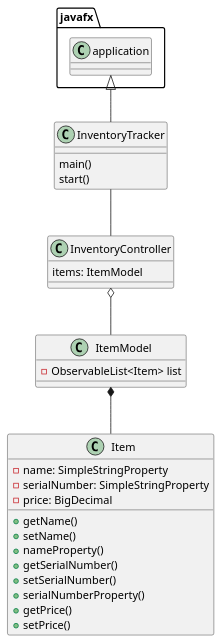
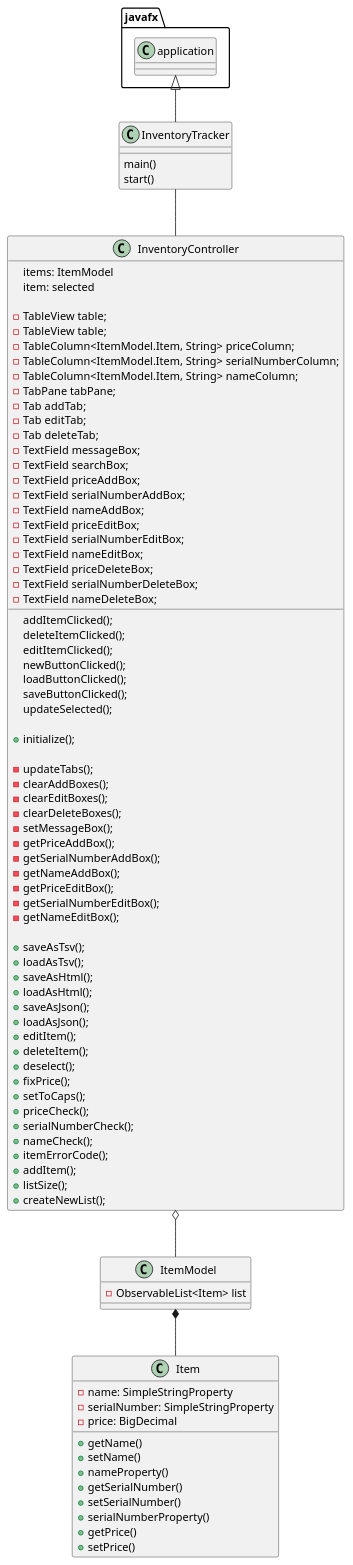
Before and after one commit to FireSpark16/wilhelm-4887-a5: the diagram in uml/InventoryTrackerUML.puml, drawn with PlantUML. The commit also changed 3 other files, not shown here.

Commit message:
Test cases updated. UML updated. README updated. Small patches made to controller. Everything as this point should be done.

```diff
--- a/uml/InventoryTrackerUML.puml
+++ b/uml/InventoryTrackerUML.puml
@@ -1,36 +1,100 @@
 @startuml
 
 class InventoryTracker {
     main()
     start()
 }
 
 class InventoryController {
     items: ItemModel
+    item: selected
+    
+    - TableView table;
+    - TableView table;
+    - TableColumn<ItemModel.Item, String> priceColumn;
+    - TableColumn<ItemModel.Item, String> serialNumberColumn;
+    - TableColumn<ItemModel.Item, String> nameColumn;
+    - TabPane tabPane;
+    - Tab addTab;
+    - Tab editTab;
+    - Tab deleteTab;
+    - TextField messageBox;
+    - TextField searchBox;
+    - TextField priceAddBox;
+    - TextField serialNumberAddBox;
+    - TextField nameAddBox;
+    - TextField priceEditBox;
+    - TextField serialNumberEditBox;
+    - TextField nameEditBox;
+    - TextField priceDeleteBox;
+    - TextField serialNumberDeleteBox;
+    - TextField nameDeleteBox;
+
+    addItemClicked();
+    deleteItemClicked();
+    editItemClicked();
+    newButtonClicked();
+    loadButtonClicked();
+    saveButtonClicked();
+    updateSelected();
+
+    + initialize();
+
+    - updateTabs();
+    - clearAddBoxes();
+    - clearEditBoxes();
+    - clearDeleteBoxes();
+    - setMessageBox();
+    - getPriceAddBox();
+    - getSerialNumberAddBox();
+    - getNameAddBox();
+    - getPriceEditBox();
+    - getSerialNumberEditBox();
+    - getNameEditBox();
+
+    + saveAsTsv();
+    + loadAsTsv();
+    + saveAsHtml();
+    + loadAsHtml();
+    + saveAsJson();
+    + loadAsJson();
+    + editItem();
+    + deleteItem();
+    + deselect();
+    + fixPrice();
+    + setToCaps();
+    + priceCheck();
+    + serialNumberCheck();
+    + nameCheck();
+    + itemErrorCode();
+    + addItem();
+    + listSize();
+    + createNewList();
+
 }
 
 class ItemModel {
     - ObservableList<Item> list
 }
 
 class Item {
     - name: SimpleStringProperty
     - serialNumber: SimpleStringProperty
     - price: BigDecimal
 
     + getName()
     + setName()
     + nameProperty()
     + getSerialNumber()
     + setSerialNumber()
     + serialNumberProperty()
     + getPrice()
     + setPrice()
 }
 
 javafx.application <|-- InventoryTracker
 InventoryTracker -- InventoryController
 InventoryController o-- ItemModel
 ItemModel *-- Item
 
 @enduml
```
